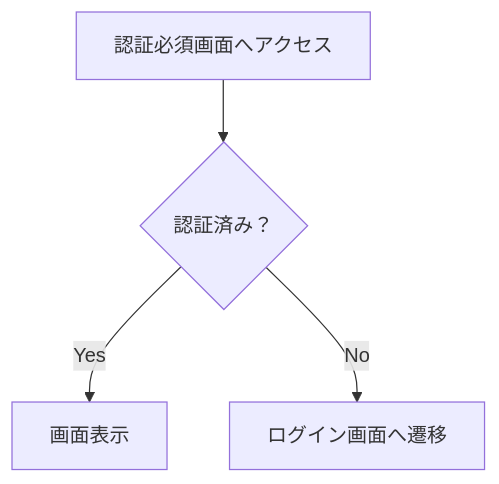
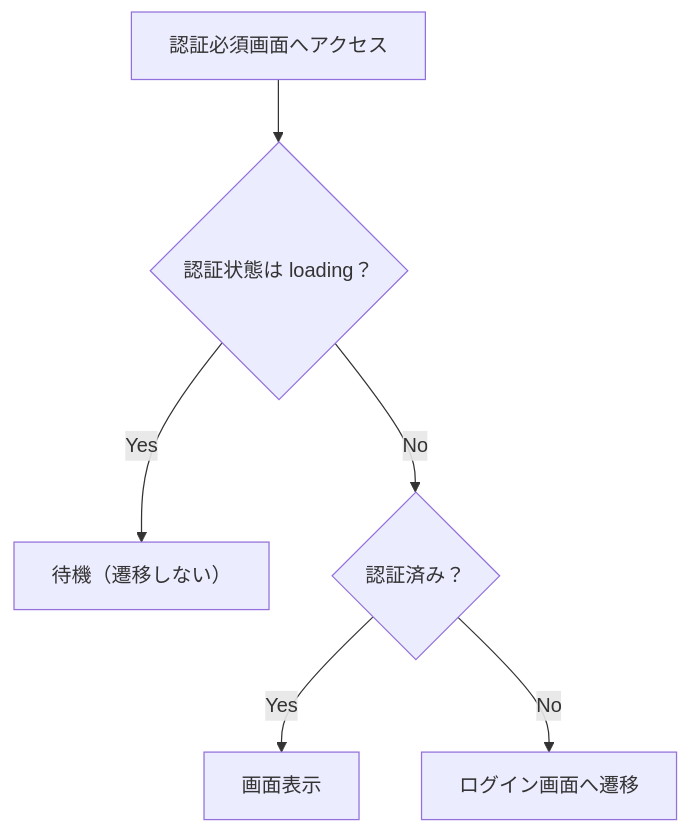
The fourth of 5 diagrams in docs/04-auth-design.md (itakuradev/daily-health-tracker), drawn with Mermaid before and after one commit. The commit also changed other lines of this file and 7 other files, not shown here.

````diff
--- a/docs/04-auth-design.md
+++ b/docs/04-auth-design.md
@@ -381,6 +572,8 @@
 ```mermaid
 flowchart TD
-  Access["認証必須画面へアクセス"] --> CheckAuth{"認証済み？"}
+  Access["認証必須画面へアクセス"] --> CheckLoading{"認証状態は loading？"}
+  CheckLoading -->|Yes| Wait["待機（遷移しない）"]
+  CheckLoading -->|No| CheckAuth{"認証済み？"}
   CheckAuth -->|Yes| ShowPage["画面表示"]
   CheckAuth -->|No| RedirectLogin["ログイン画面へ遷移"]
 ```
````
